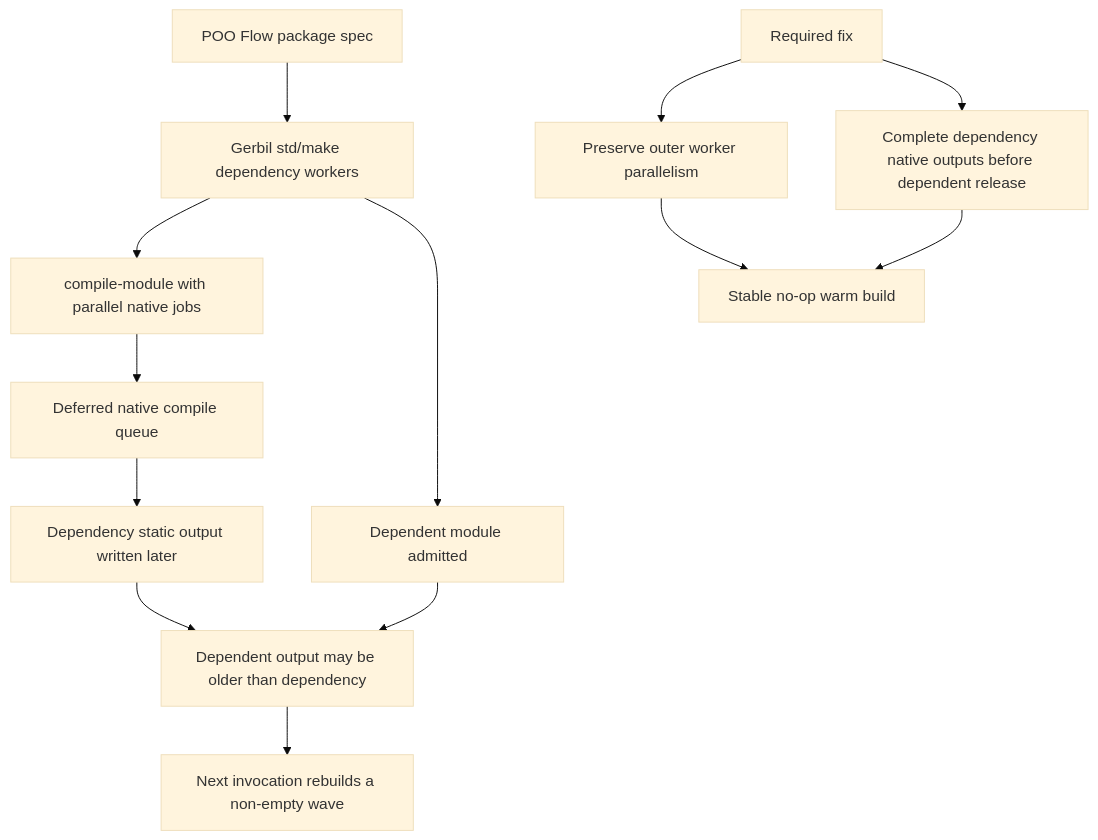
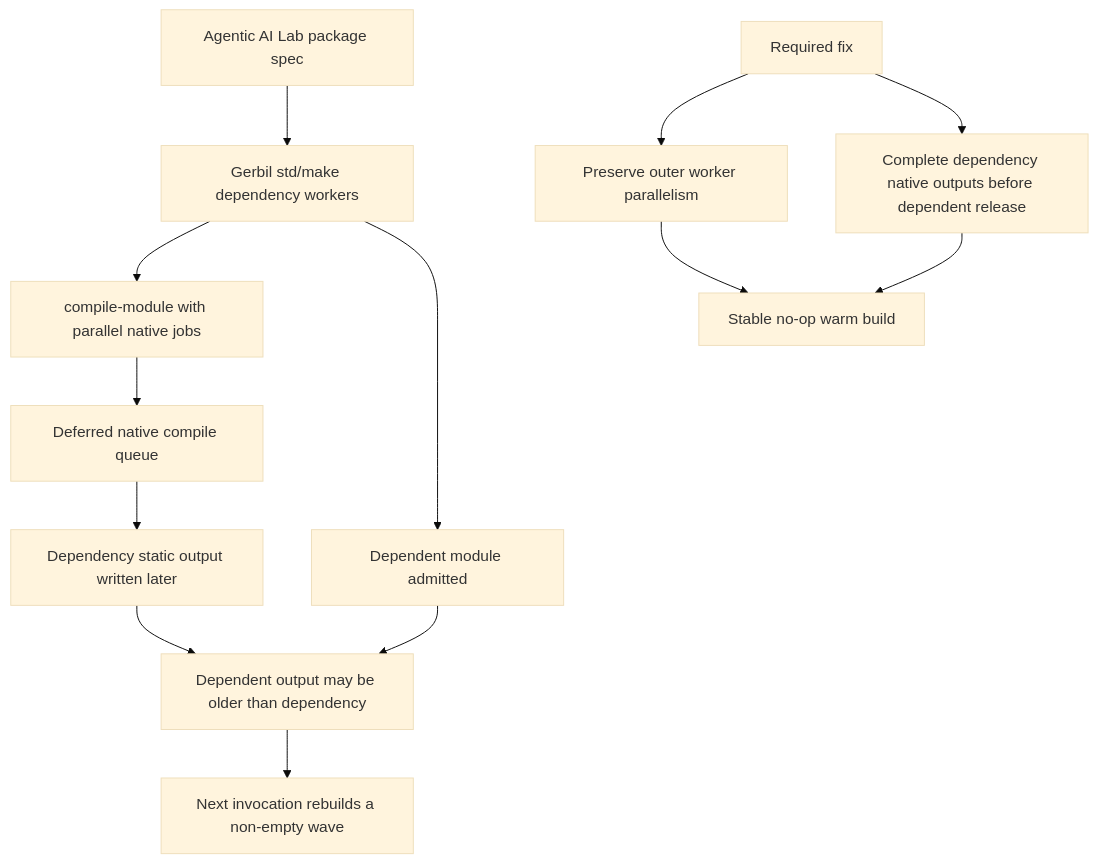
The diagram in module-system/design/147-adaptive-scheme-build-guard/18-native-warm-invalidation.org (tao3k/gebril-yuanxu), drawn with Mermaid (base theme) before and after one commit. The commit also changed other lines of this file and 507 other files, not shown here.

```diff
--- a/module-system/design/147-adaptive-scheme-build-guard/18-native-warm-invalidation.org
+++ b/module-system/design/147-adaptive-scheme-build-guard/18-native-warm-invalidation.org
@@ -19,16 +19,16 @@
 #+begin_src mermaid
 flowchart TD
-  P[POO Flow package spec] --> M[Gerbil std/make dependency workers]
+  P[Agentic AI Lab package spec] --> M[Gerbil std/make dependency workers]
   M --> C[compile-module with parallel native jobs]
   C --> Q[Deferred native compile queue]
   M --> D[Dependent module admitted]
   Q --> O[Dependency static output written later]
   D --> R[Dependent output may be older than dependency]
   O --> R
   R --> W[Next invocation rebuilds a non-empty wave]
 
   F[Required fix] --> S[Preserve outer worker parallelism]
   F --> T[Complete dependency native outputs before dependent release]
   S --> N[Stable no-op warm build]
   T --> N
 #+end_src
```
